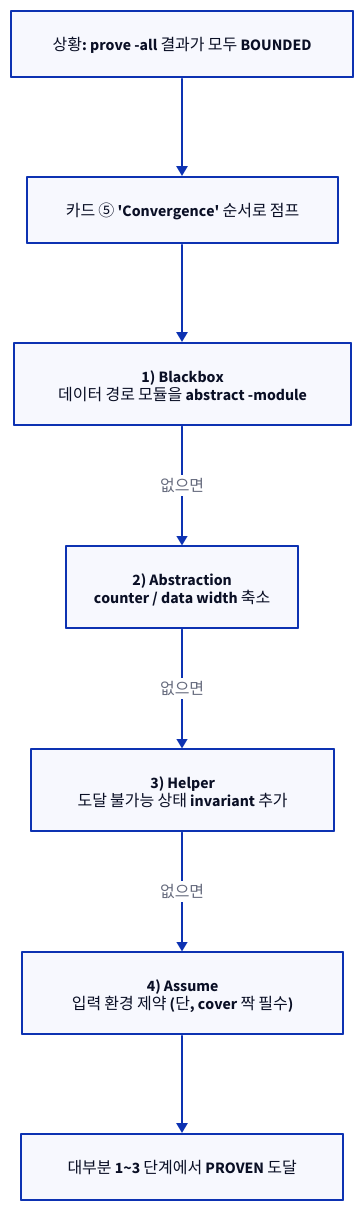
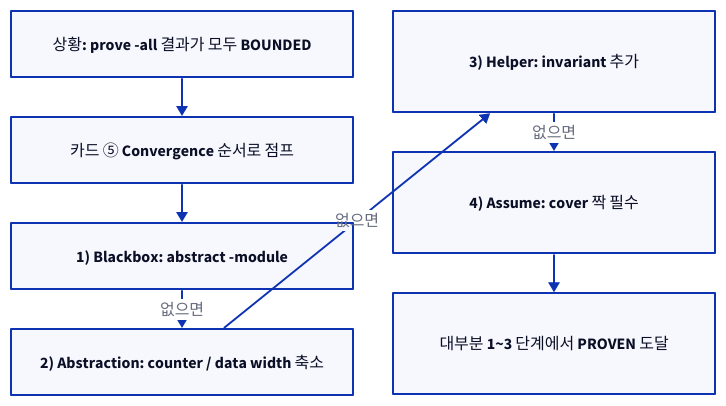
The third of 4 diagrams in topics/formal_verification/docs/04_quick_reference_card.md (humbleowl39/DV_SKOOL), drawn with D2 before and after one commit. The commit also changed 90 other files, not shown here.

First line of the commit message:
docs: 전 토픽 다이어그램 정비 — ASCII→D2, mermaid→D2, 과대 D2 가시성 수정

````diff
--- a/topics/formal_verification/docs/04_quick_reference_card.md
+++ b/topics/formal_verification/docs/04_quick_reference_card.md
@@ -122,17 +122,17 @@
 ```d2
-direction: down
+grid-columns: 2
 
 A: "상황: prove -all 결과가 모두 BOUNDED"
-B: "카드 ⑤ 'Convergence' 순서로 점프"
-S1: "1) Blackbox\n데이터 경로 모듈을 abstract -module"
-S2: "2) Abstraction\ncounter / data width 축소"
-S3: "3) Helper\n도달 불가능 상태 invariant 추가"
-S4: "4) Assume\n입력 환경 제약 (단, cover 짝 필수)"
+B: "카드 ⑤ Convergence 순서로 점프"
+S1: "1) Blackbox: abstract -module"
+S2: "2) Abstraction: counter / data width 축소"
+S3: "3) Helper: invariant 추가"
+S4: "4) Assume: cover 짝 필수"
 R: "대부분 1~3 단계에서 PROVEN 도달"
 A -> B
 B -> S1
 S1 -> S2: "없으면"
 S2 -> S3: "없으면"
 S3 -> S4: "없으면"
 S4 -> R
 ```
````
